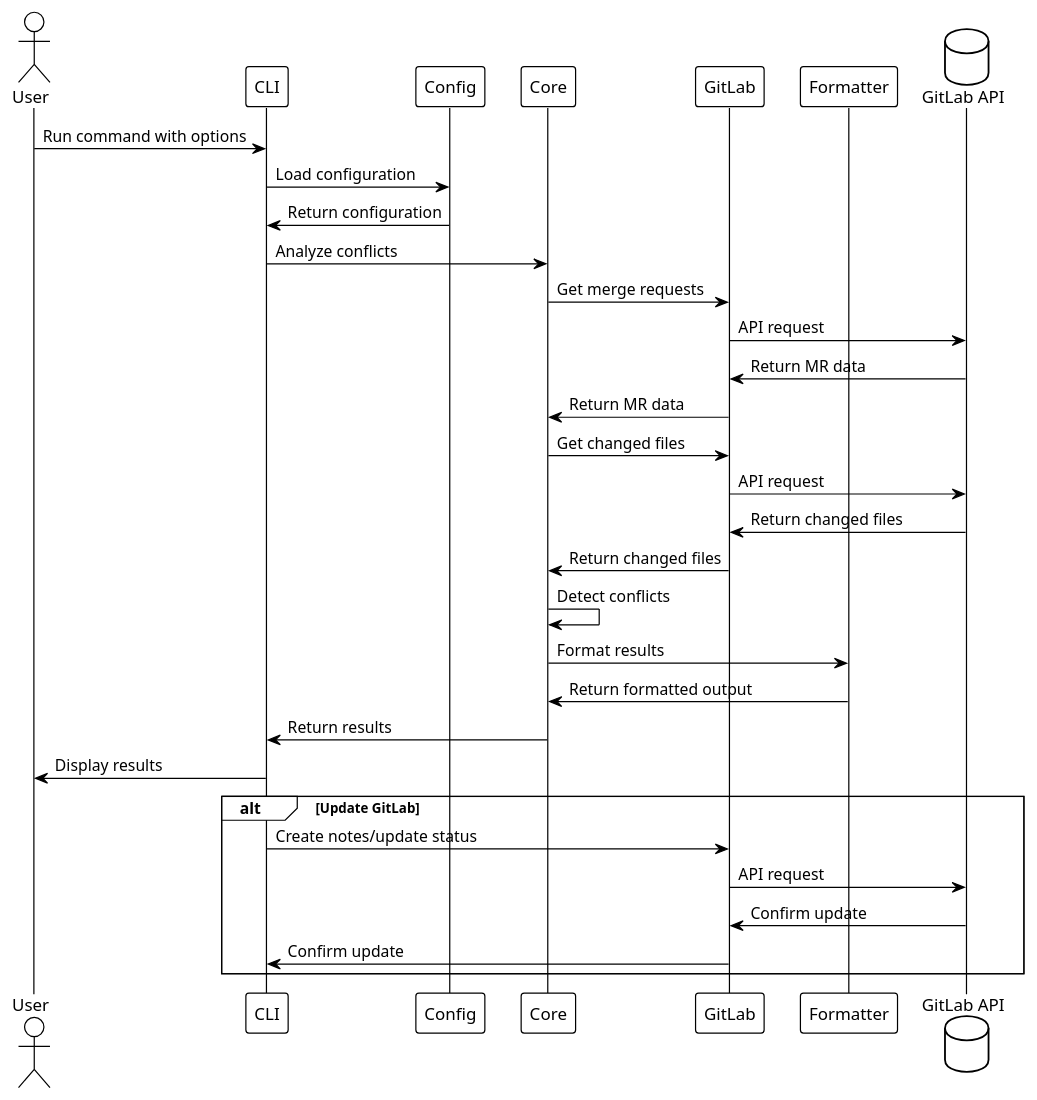
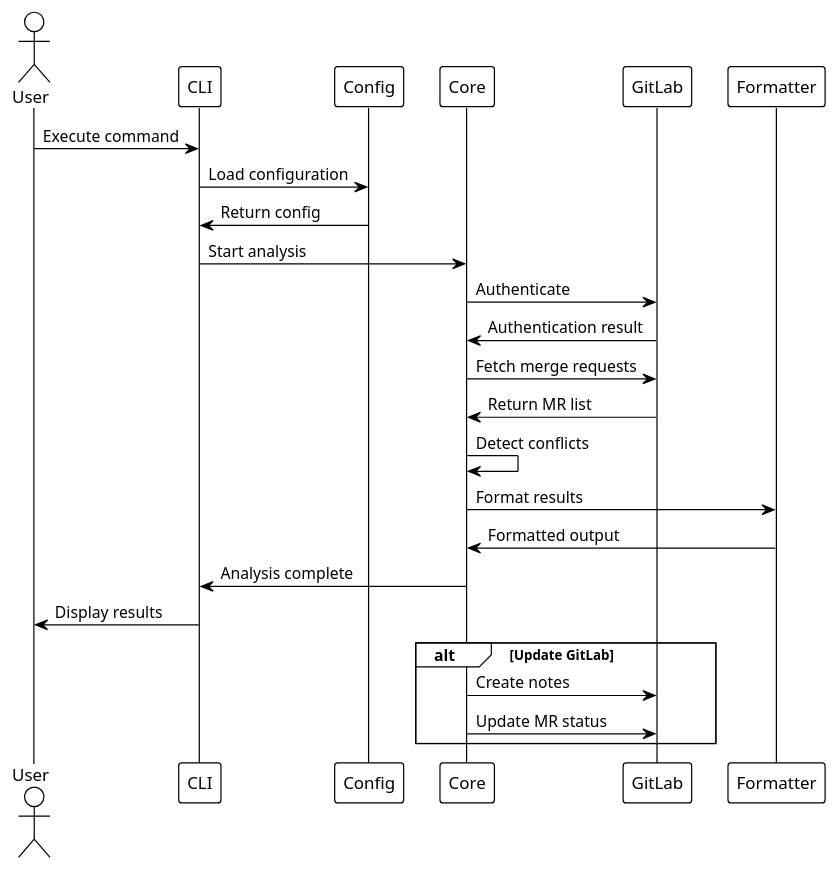
One commit to GalushkoArt/gitlab-mr-conflict-detector changed the third of 4 diagrams in docs/architecture.md. Above: the diagram before and after it, drawn with PlantUML. The commit also changed other lines of this file and 12 other files, not shown here.

````diff
--- a/docs/architecture.md
+++ b/docs/architecture.md
@@ -200,38 +226,32 @@
 ```plantuml
 @startuml
 !theme plain
-skinparam componentStyle rectangle
 
 actor User
 participant CLI
 participant Config
 participant Core
 participant GitLab
 participant Formatter
-database "GitLab API" as API
 
-User -> CLI : Run command with options
-CLI -> Config : Load configuration
-Config -> CLI : Return configuration
-CLI -> Core : Analyze conflicts
-Core -> GitLab : Get merge requests
-GitLab -> API : API request
-API -> GitLab : Return MR data
-GitLab -> Core : Return MR data
-Core -> GitLab : Get changed files
-GitLab -> API : API request
-API -> GitLab : Return changed files
-GitLab -> Core : Return changed files
-Core -> Core : Detect conflicts
-Core -> Formatter : Format results
-Formatter -> Core : Return formatted output
-Core -> CLI : Return results
-CLI -> User : Display results
+User -> CLI: Execute command
+CLI -> Config: Load configuration
+Config -> CLI: Return config
+CLI -> Core: Start analysis
+Core -> GitLab: Authenticate
+GitLab -> Core: Authentication result
+Core -> GitLab: Fetch merge requests
+GitLab -> Core: Return MR list
+Core -> Core: Detect conflicts
+Core -> Formatter: Format results
+Formatter -> Core: Formatted output
+Core -> CLI: Analysis complete
+CLI -> User: Display results
+
 alt Update GitLab
-  CLI -> GitLab : Create notes/update status
-  GitLab -> API : API request
-  API -> GitLab : Confirm update
-  GitLab -> CLI : Confirm update
+  Core -> GitLab: Create notes
+  Core -> GitLab: Update MR status
 end
+
 @enduml
 ```
````
